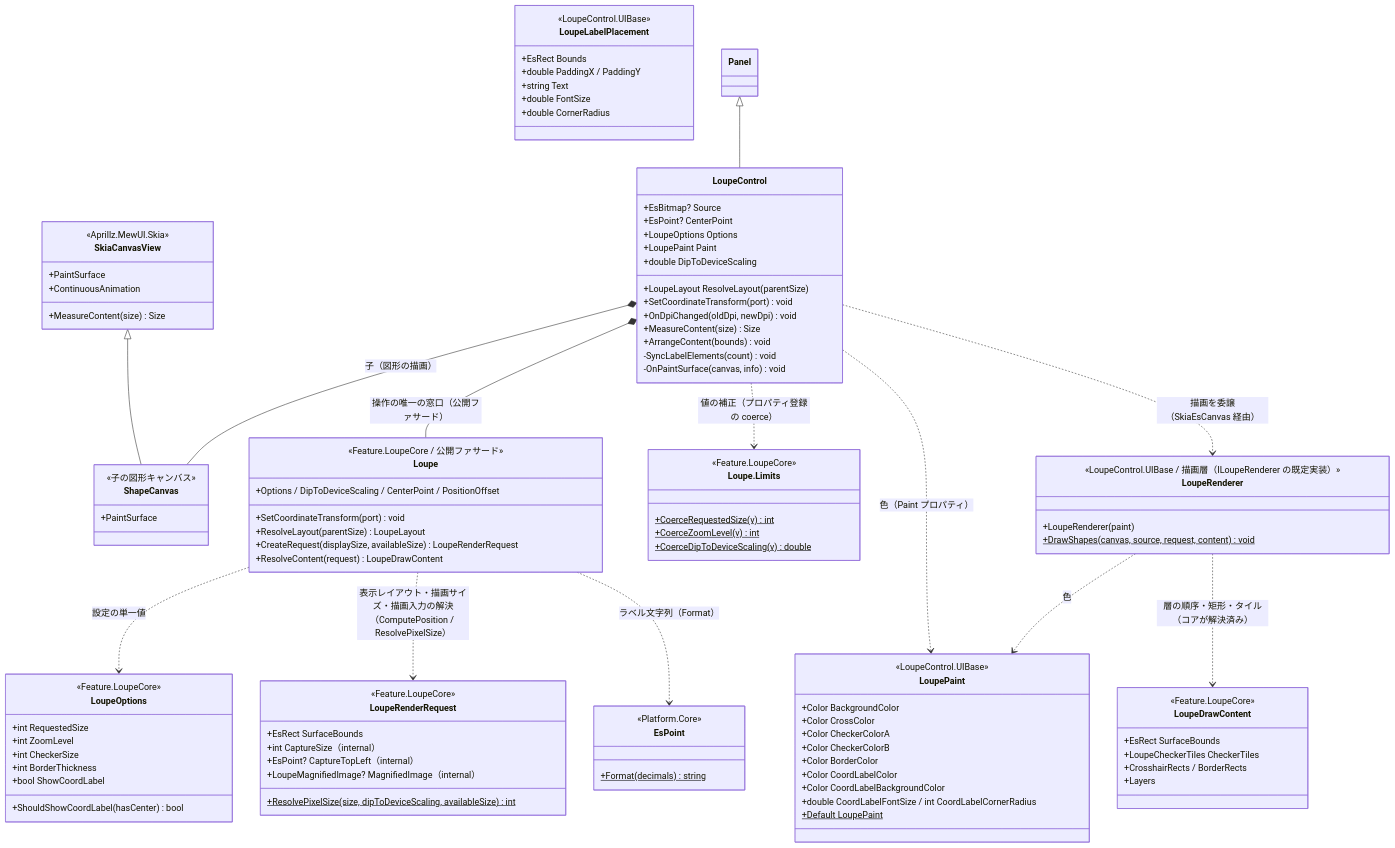
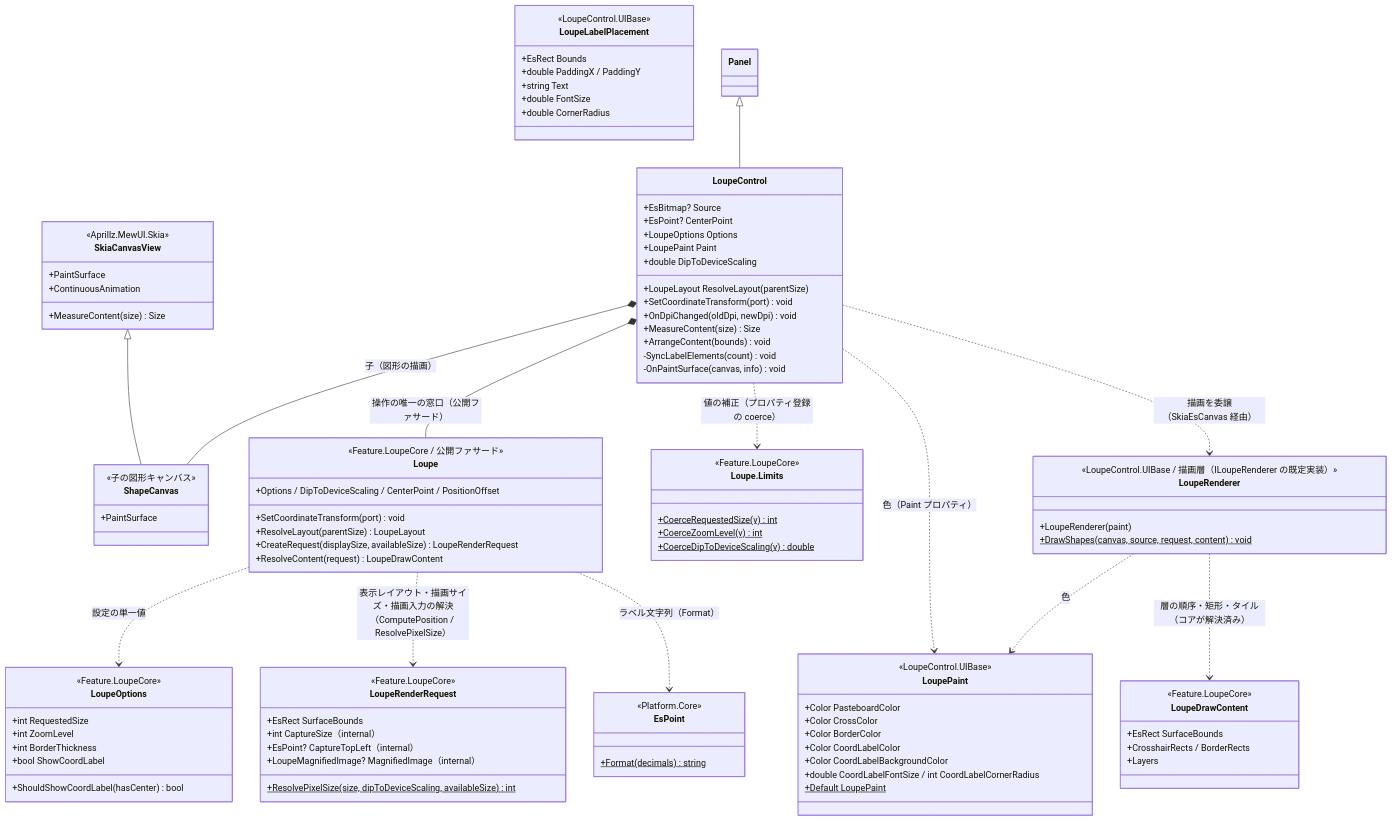
The first of 2 diagrams in src/LoupeControl.MewUI/SPEC_System.md (tomokuni/SaveEvidence), drawn with Mermaid before and after one commit. The commit also changed other lines of this file and 80 other files, not shown here.

```diff
--- a/src/LoupeControl.MewUI/SPEC_System.md
+++ b/src/LoupeControl.MewUI/SPEC_System.md
@@ -103,18 +103,15 @@
         <<Feature.LoupeCore>>
         +int RequestedSize
         +int ZoomLevel
-        +int CheckerSize
-        +int BorderThickness
+                +int BorderThickness
         +bool ShowCoordLabel
         +ShouldShowCoordLabel(hasCenter) bool
     }
     class LoupePaint {
         <<LoupeControl.UIBase>>
-        +Color BackgroundColor
+        +Color PasteboardColor
         +Color CrossColor
-        +Color CheckerColorA
-        +Color CheckerColorB
-        +Color BorderColor
+                        +Color BorderColor
         +Color CoordLabelColor
         +Color CoordLabelBackgroundColor
         +double CoordLabelFontSize / int CoordLabelCornerRadius
@@ -134,8 +131,7 @@
     class LoupeDrawContent {
         <<Feature.LoupeCore>>
         +EsRect SurfaceBounds
-        +LoupeCheckerTiles CheckerTiles
-        +CrosshairRects / BorderRects
+                +CrosshairRects / BorderRects
         +Layers
     }
     class LoupeRenderRequest {
```
